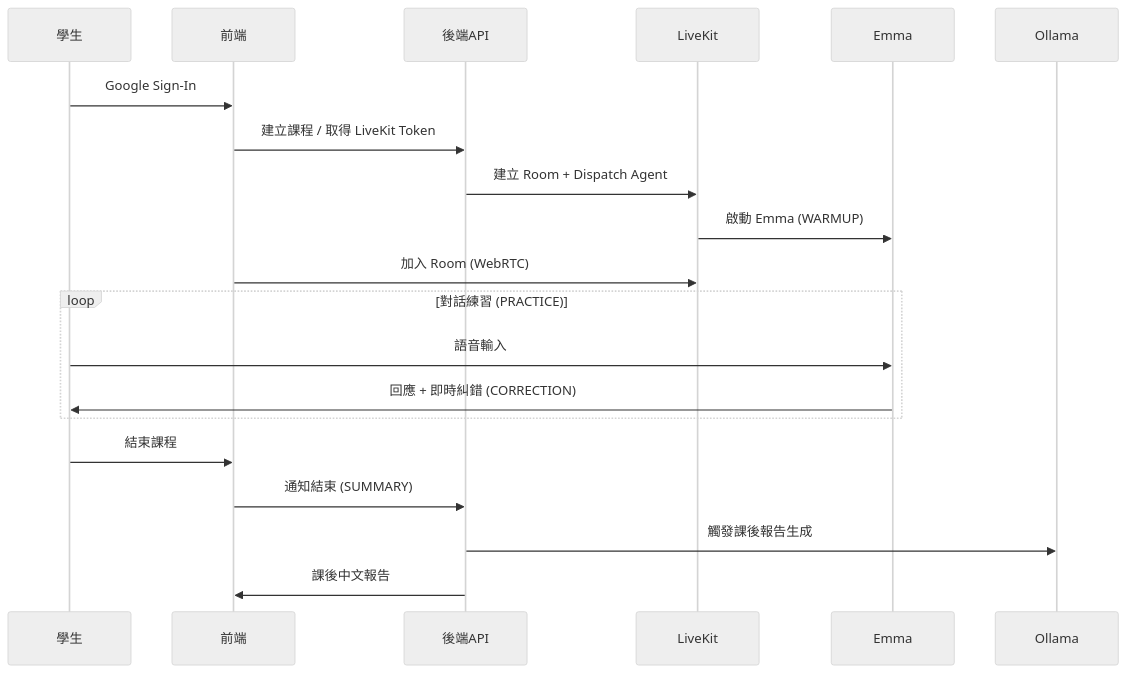
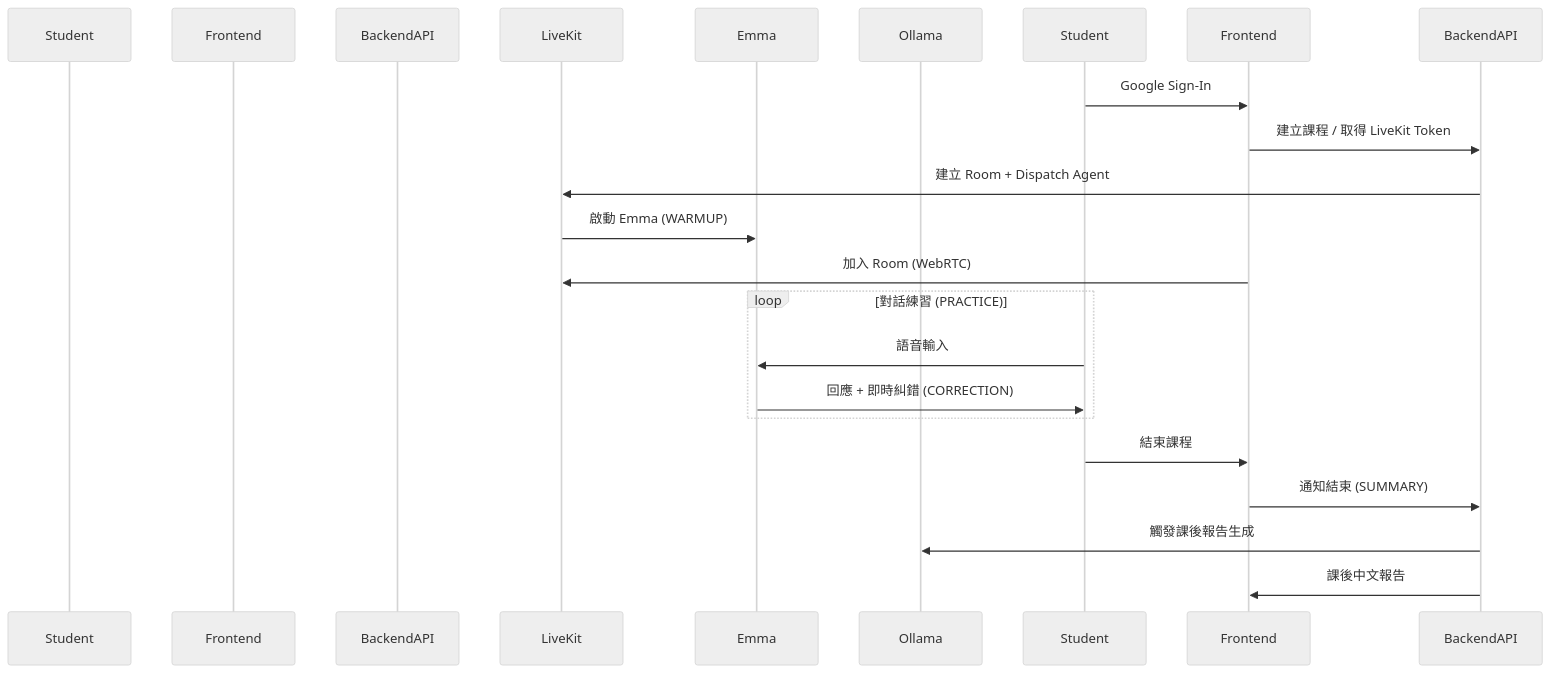
Before and after one commit to a920604a/engineernews: the second of 2 diagrams in src/content/posts/product/2026-04-23-live-english-tutor.md, drawn with Mermaid (neutral theme). The commit also changed 4 other files, not shown here.

Commit message:
fix: auto-fix mermaid syntax errors in posts

````diff
--- a/src/content/posts/product/2026-04-23-live-english-tutor.md
+++ b/src/content/posts/product/2026-04-23-live-english-tutor.md
@@ -61,23 +61,23 @@
 ```mermaid
 sequenceDiagram
-  participant 學生
-  participant 前端
-  participant 後端API
-  participant LiveKit
-  participant Emma
-  participant Ollama
+  participant 學生 as Student
+  participant 前端 as Frontend
+  participant 後端API as BackendAPI
+  participant LiveKit as LiveKit
+  participant Emma as Emma
+  participant Ollama as Ollama
 
-  學生->>前端: Google Sign-In
-  前端->>後端API: 建立課程 / 取得 LiveKit Token
-  後端API->>LiveKit: 建立 Room + Dispatch Agent
+  Student->>Frontend: Google Sign-In
+  Frontend->>BackendAPI: 建立課程 / 取得 LiveKit Token
+  BackendAPI->>LiveKit: 建立 Room + Dispatch Agent
   LiveKit->>Emma: 啟動 Emma (WARMUP)
-  前端->>LiveKit: 加入 Room (WebRTC)
+  Frontend->>LiveKit: 加入 Room (WebRTC)
   loop 對話練習 (PRACTICE)
-    學生->>Emma: 語音輸入
-    Emma->>學生: 回應 + 即時糾錯 (CORRECTION)
+    Student->>Emma: 語音輸入
+    Emma->>Student: 回應 + 即時糾錯 (CORRECTION)
   end
-  學生->>前端: 結束課程
-  前端->>後端API: 通知結束 (SUMMARY)
-  後端API->>Ollama: 觸發課後報告生成
-  後端API->>前端: 課後中文報告
+  Student->>Frontend: 結束課程
+  Frontend->>BackendAPI: 通知結束 (SUMMARY)
+  BackendAPI->>Ollama: 觸發課後報告生成
+  BackendAPI->>Frontend: 課後中文報告
 ```
````
